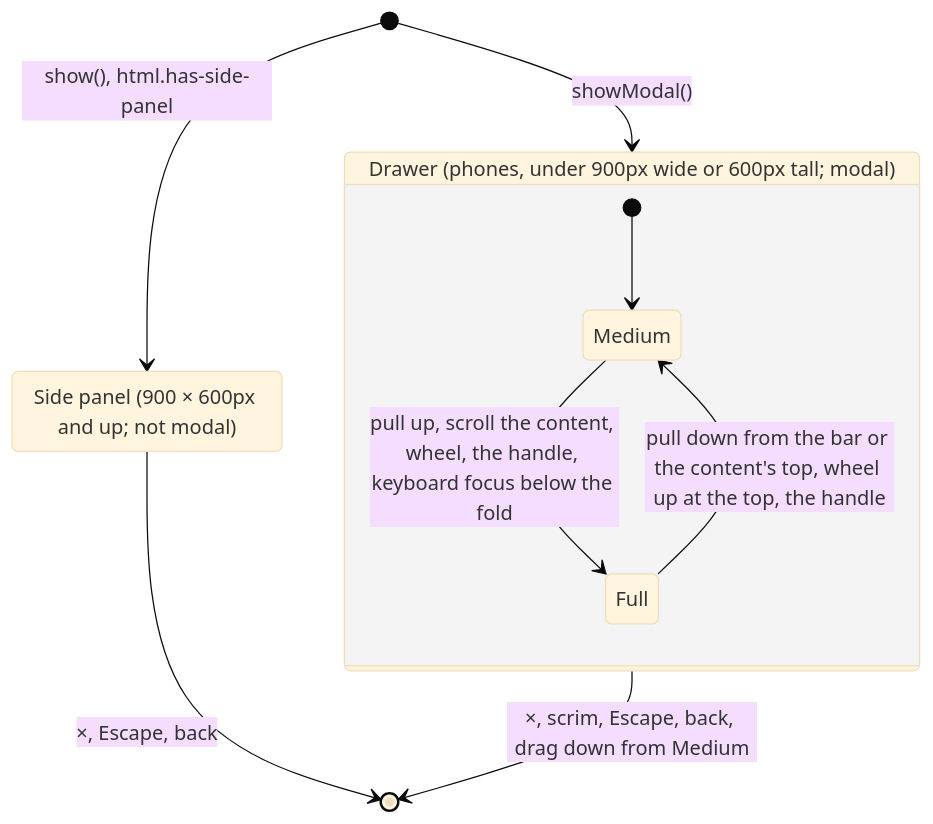
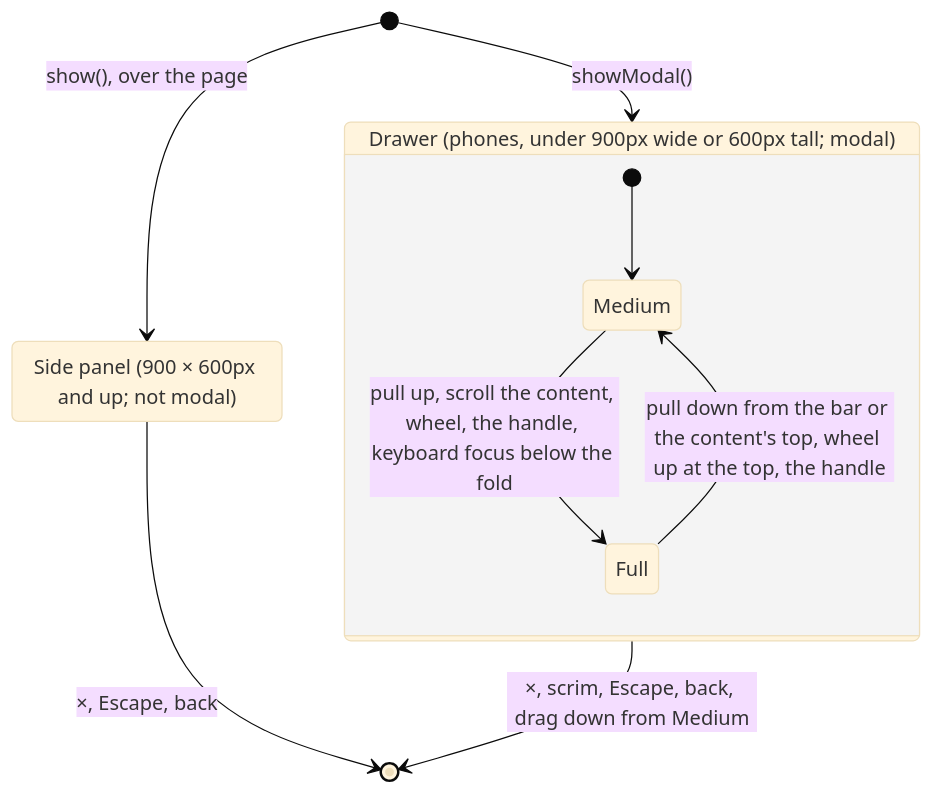
The ninth of 9 diagrams in docs/ARCHITECTURE.md (pa-bailar/pa-bailar.github.io), drawn with Mermaid (base theme) before and after one commit. The commit also changed other lines of this file and 40 other files, not shown here.

````diff
--- a/docs/ARCHITECTURE.md
+++ b/docs/ARCHITECTURE.md
@@ -479,13 +484,13 @@
   ```mermaid
   stateDiagram-v2
       state "Drawer (phones, under 900px wide or 600px tall; modal)" as Sheet {
           [*] --> Medium
           Medium --> Full: pull up, scroll the content, wheel, the handle, keyboard focus below the fold
           Full --> Medium: pull down from the bar or the content's top, wheel up at the top, the handle
       }
       state "Side panel (900 × 600px and up; not modal)" as Panel
       [*] --> Sheet: showModal()
-      [*] --> Panel: show(), html.has-side-panel
+      [*] --> Panel: show(), over the page
       Sheet --> [*]: ×, scrim, Escape, back, drag down from Medium
       Panel --> [*]: ×, Escape, back
   ```
````
